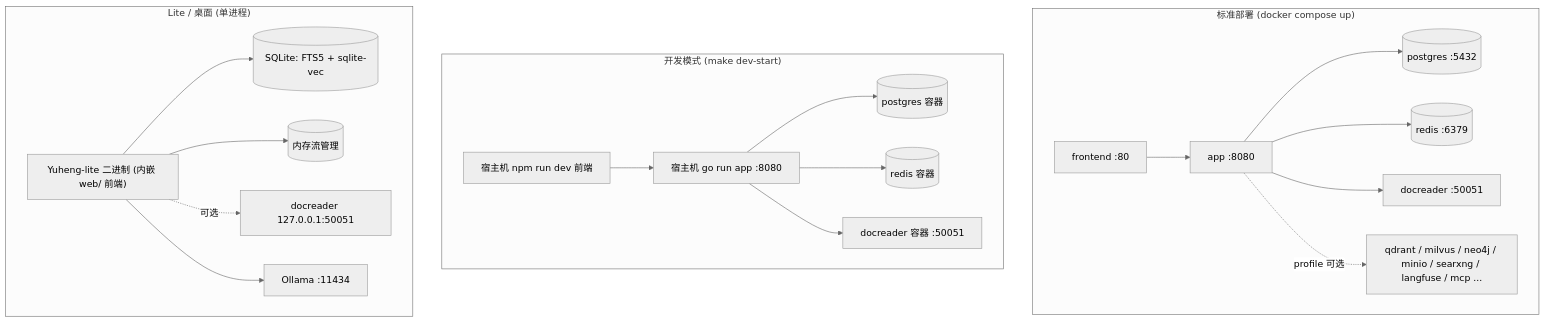
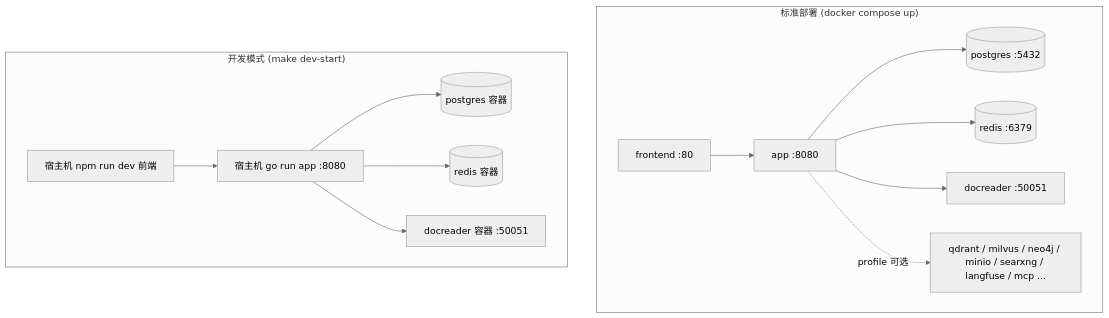
One commit to magicyuan876/Yuheng changed the first of 2 diagrams in website-docs/01-getting-started/02-installation.md. Above: the diagram before and after it, drawn with Mermaid (neutral theme). The commit also changed other lines of this file and 162 other files, not shown here.

````diff
--- a/website-docs/01-getting-started/02-installation.md
+++ b/website-docs/01-getting-started/02-installation.md
@@ -16,23 +13,16 @@
 ```mermaid
 flowchart TB
     subgraph prod["标准部署 (docker compose up)"]
         FE1["frontend :80"] --> APP1["app :8080"]
         APP1 --> PG1[("postgres :5432")]
         APP1 --> RD1[("redis :6379")]
         APP1 --> DR1["docreader :50051"]
         APP1 -. "profile 可选" .-> OPT1["qdrant / milvus / neo4j / minio / searxng / langfuse / mcp ..."]
     end
     subgraph dev["开发模式 (make dev-start)"]
         LOCALAPP["宿主机 go run app :8080"] --> PG2[("postgres 容器")]
         LOCALAPP --> RD2[("redis 容器")]
         LOCALAPP --> DR2["docreader 容器 :50051"]
         LOCALFE["宿主机 npm run dev 前端"] --> LOCALAPP
     end
-    subgraph lite["Lite / 桌面 (单进程)"]
-        BIN["Yuheng-lite 二进制 (内嵌 web/ 前端)"]
-        BIN --> SQLITE[("SQLite: FTS5 + sqlite-vec")]
-        BIN --> MEMQ[("内存流管理")]
-        BIN -. "可选" .-> DR3["docreader 127.0.0.1:50051"]
-        BIN --> OLLAMA["Ollama :11434"]
-    end
 ```
````
